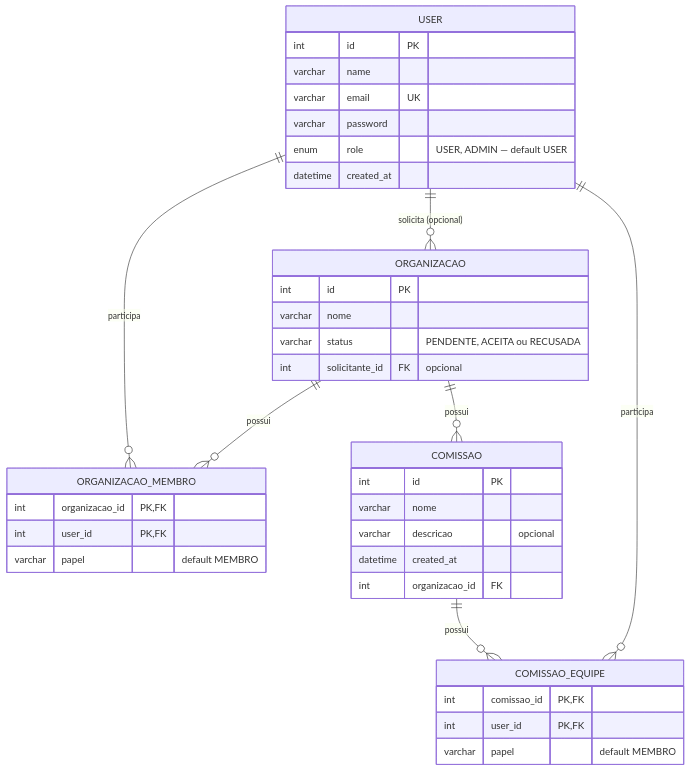
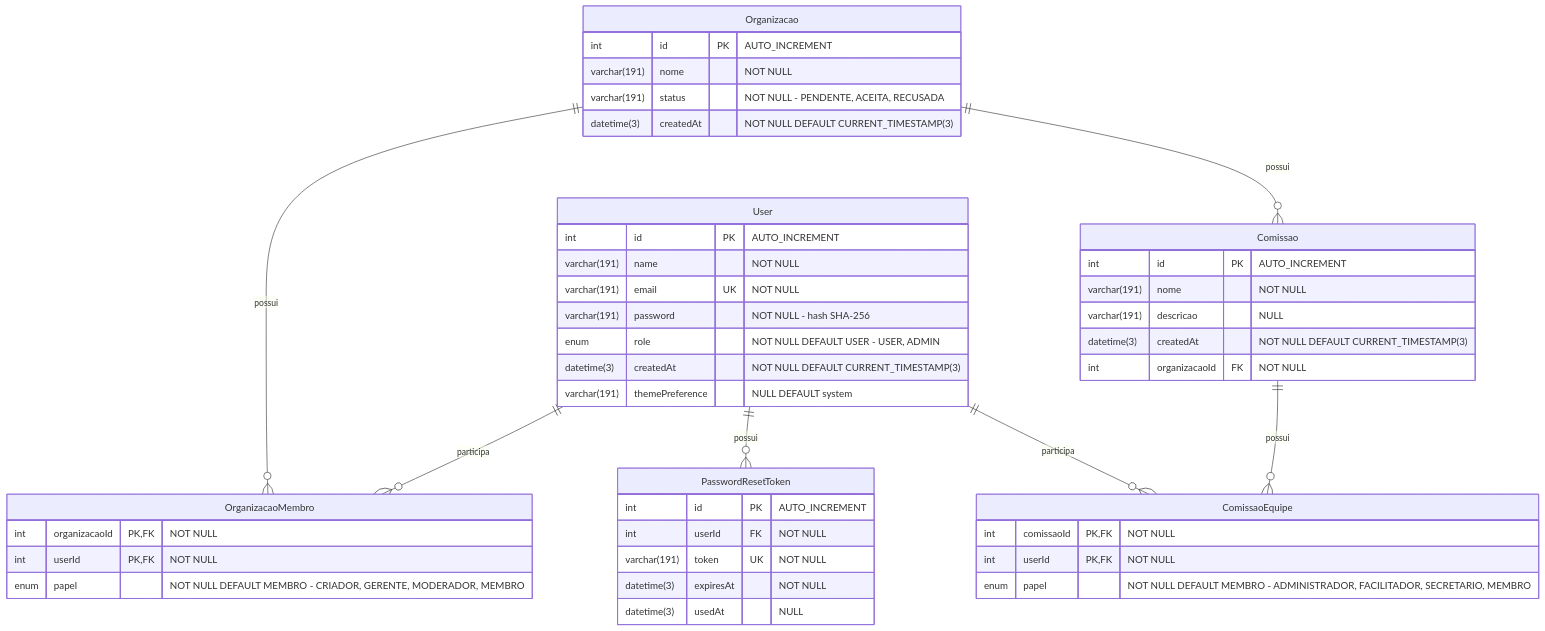
One commit to MiguelIFSP/BRTPDS2-PROJETO-E-DESENVOLVIMENTO-DE-SISTEMAS-2 changed the sixth of 6 diagrams in documentos/entrega2_Di1/dicionario_de_dados.md. Above: the diagram before and after it, drawn with Mermaid. The commit also changed other lines of this file and 1 other file, not shown here.

````diff
--- a/documentos/entrega2_Di1/dicionario_de_dados.md
+++ b/documentos/entrega2_Di1/dicionario_de_dados.md
@@ -387,45 +384,54 @@
 ```mermaid
 erDiagram
-    USER ||--o{ ORGANIZACAO : "solicita (opcional)"
-    USER ||--o{ ORGANIZACAO_MEMBRO : "participa"
-    ORGANIZACAO ||--o{ ORGANIZACAO_MEMBRO : "possui"
-    ORGANIZACAO ||--o{ COMISSAO : "possui"
-    COMISSAO ||--o{ COMISSAO_EQUIPE : "possui"
-    USER ||--o{ COMISSAO_EQUIPE : "participa"
+    User ||--o{ OrganizacaoMembro : "participa"
+    Organizacao ||--o{ OrganizacaoMembro : "possui"
+    Organizacao ||--o{ Comissao : "possui"
+    Comissao ||--o{ ComissaoEquipe : "possui"
+    User ||--o{ ComissaoEquipe : "participa"
+    User ||--o{ PasswordResetToken : "possui"
 
-    USER {
-        int id PK
-        varchar name
-        varchar email UK
-        varchar password
-        enum role "USER, ADMIN — default USER"
-        datetime created_at
+    User {
+        int id PK "AUTO_INCREMENT"
+        varchar(191) name "NOT NULL"
+        varchar(191) email UK "NOT NULL"
+        varchar(191) password "NOT NULL - hash SHA-256"
+        enum role "NOT NULL DEFAULT USER - USER, ADMIN"
+        datetime(3) createdAt "NOT NULL DEFAULT CURRENT_TIMESTAMP(3)"
+        varchar(191) themePreference "NULL DEFAULT system"
     }
 
-    ORGANIZACAO {
-        int id PK
-        varchar nome
-        varchar status "PENDENTE, ACEITA ou RECUSADA"
-        int solicitante_id FK "opcional"
+    Organizacao {
+        int id PK "AUTO_INCREMENT"
+        varchar(191) nome "NOT NULL"
+        varchar(191) status "NOT NULL - PENDENTE, ACEITA, RECUSADA"
+        datetime(3) createdAt "NOT NULL DEFAULT CURRENT_TIMESTAMP(3)"
     }
 
-    ORGANIZACAO_MEMBRO {
-        int organizacao_id PK,FK
-        int user_id PK,FK
-        varchar papel "default MEMBRO"
+    OrganizacaoMembro {
+        int organizacaoId PK,FK "NOT NULL"
+        int userId PK,FK "NOT NULL"
+        enum papel "NOT NULL DEFAULT MEMBRO - CRIADOR, GERENTE, MODERADOR, MEMBRO"
     }
 
-    COMISSAO {
-        int id PK
-        varchar nome
-        varchar descricao "opcional"
-        datetime created_at
-        int organizacao_id FK
+    Comissao {
+        int id PK "AUTO_INCREMENT"
+        varchar(191) nome "NOT NULL"
+        varchar(191) descricao "NULL"
+        datetime(3) createdAt "NOT NULL DEFAULT CURRENT_TIMESTAMP(3)"
+        int organizacaoId FK "NOT NULL"
     }
 
-    COMISSAO_EQUIPE {
-        int comissao_id PK,FK
-        int user_id PK,FK
-        varchar papel "default MEMBRO"
+    ComissaoEquipe {
+        int comissaoId PK,FK "NOT NULL"
+        int userId PK,FK "NOT NULL"
+        enum papel "NOT NULL DEFAULT MEMBRO - ADMINISTRADOR, FACILITADOR, SECRETARIO, MEMBRO"
+    }
+
+    PasswordResetToken {
+        int id PK "AUTO_INCREMENT"
+        int userId FK "NOT NULL"
+        varchar(191) token UK "NOT NULL"
+        datetime(3) expiresAt "NOT NULL"
+        datetime(3) usedAt "NULL"
     }
 ```
````
